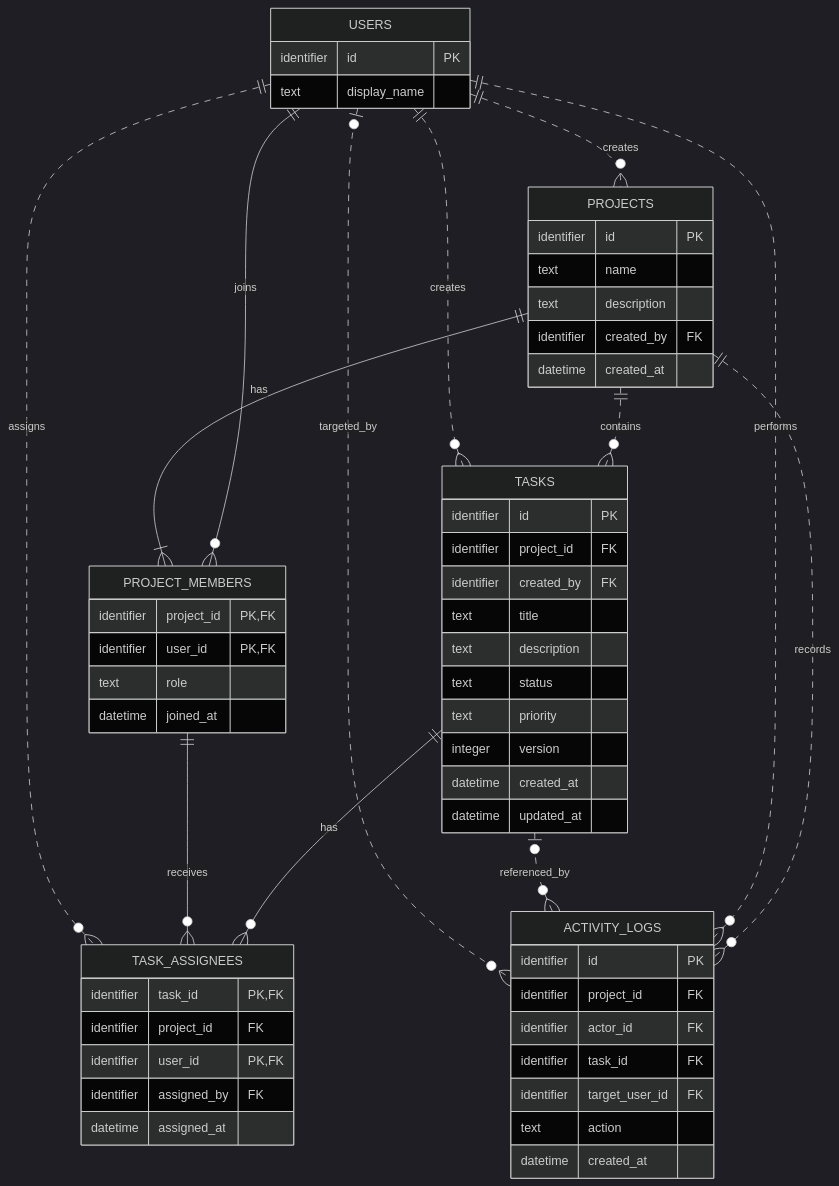
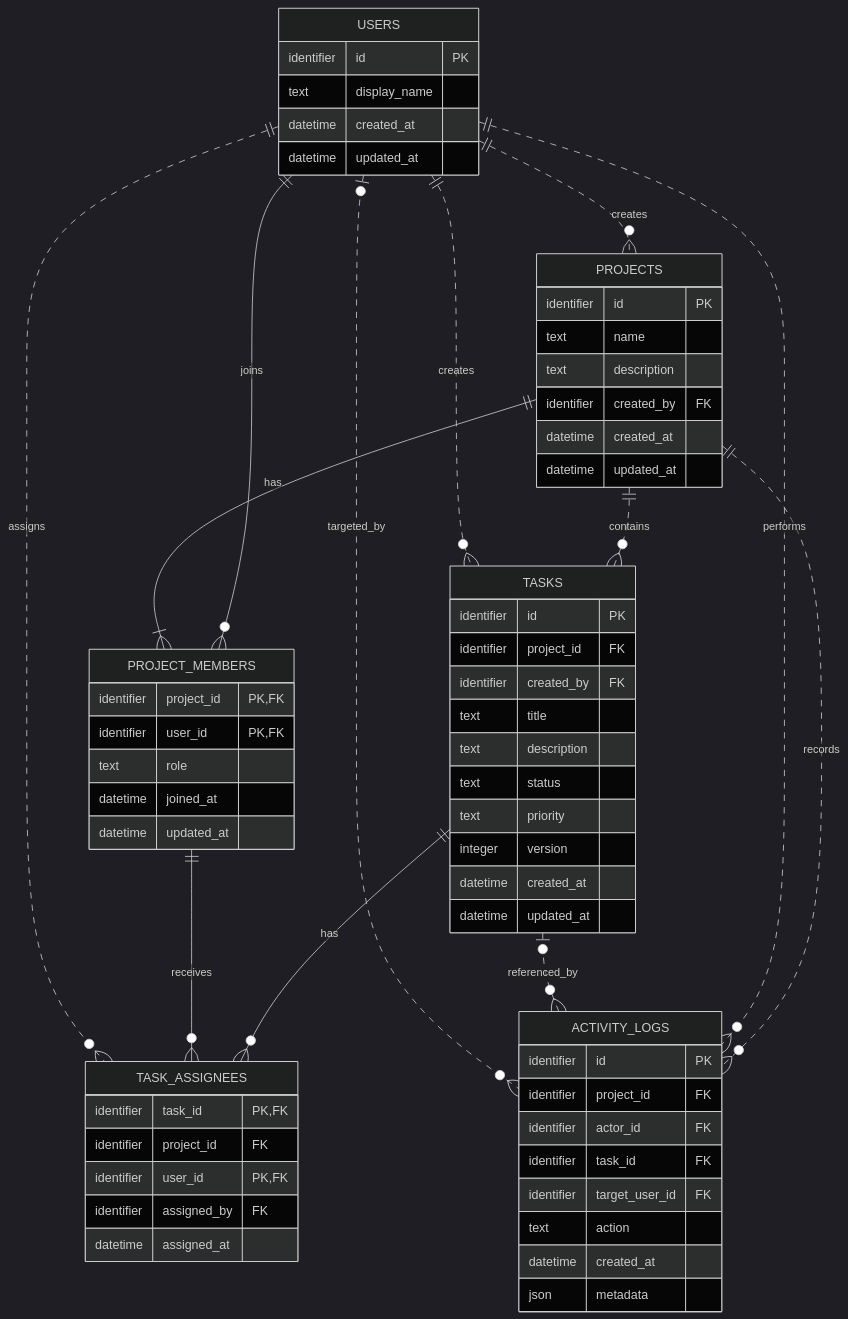
Before and after one commit to truongtoanfs/task-flow: the diagram in docs/erd.md, drawn with Mermaid (dark theme). The commit also changed other lines of this file and 2 other files, not shown here.

Commit message:
docs: define TaskFlow data dictionary

````diff
--- a/docs/erd.md
+++ b/docs/erd.md
@@ -44,69 +45,74 @@
 ```mermaid
 erDiagram
     USERS {
         identifier id PK
         text display_name
+        datetime created_at
+        datetime updated_at
     }
 
     PROJECTS {
         identifier id PK
         text name
         text description
         identifier created_by FK
         datetime created_at
+        datetime updated_at
     }
 
     PROJECT_MEMBERS {
         identifier project_id PK, FK
         identifier user_id PK, FK
         text role
         datetime joined_at
+        datetime updated_at
     }
 
     TASKS {
         identifier id PK
         identifier project_id FK
         identifier created_by FK
         text title
         text description
         text status
         text priority
         integer version
         datetime created_at
         datetime updated_at
     }
 
     TASK_ASSIGNEES {
         identifier task_id PK, FK
         identifier project_id FK
         identifier user_id PK, FK
         identifier assigned_by FK
         datetime assigned_at
     }
 
     ACTIVITY_LOGS {
         identifier id PK
         identifier project_id FK
         identifier actor_id FK
         identifier task_id FK
         identifier target_user_id FK
         text action
         datetime created_at
+        json metadata
     }
 
     USERS ||..o{ PROJECTS : creates
     USERS ||--o{ PROJECT_MEMBERS : joins
     PROJECTS ||--|{ PROJECT_MEMBERS : has
 
     PROJECTS ||..o{ TASKS : contains
     USERS ||..o{ TASKS : creates
 
     TASKS ||--o{ TASK_ASSIGNEES : has
     PROJECT_MEMBERS ||--o{ TASK_ASSIGNEES : receives
     USERS ||..o{ TASK_ASSIGNEES : assigns
 
     PROJECTS ||..o{ ACTIVITY_LOGS : records
     USERS ||..o{ ACTIVITY_LOGS : performs
     TASKS o|..o{ ACTIVITY_LOGS : referenced_by
     USERS o|..o{ ACTIVITY_LOGS : targeted_by
 ```
````
